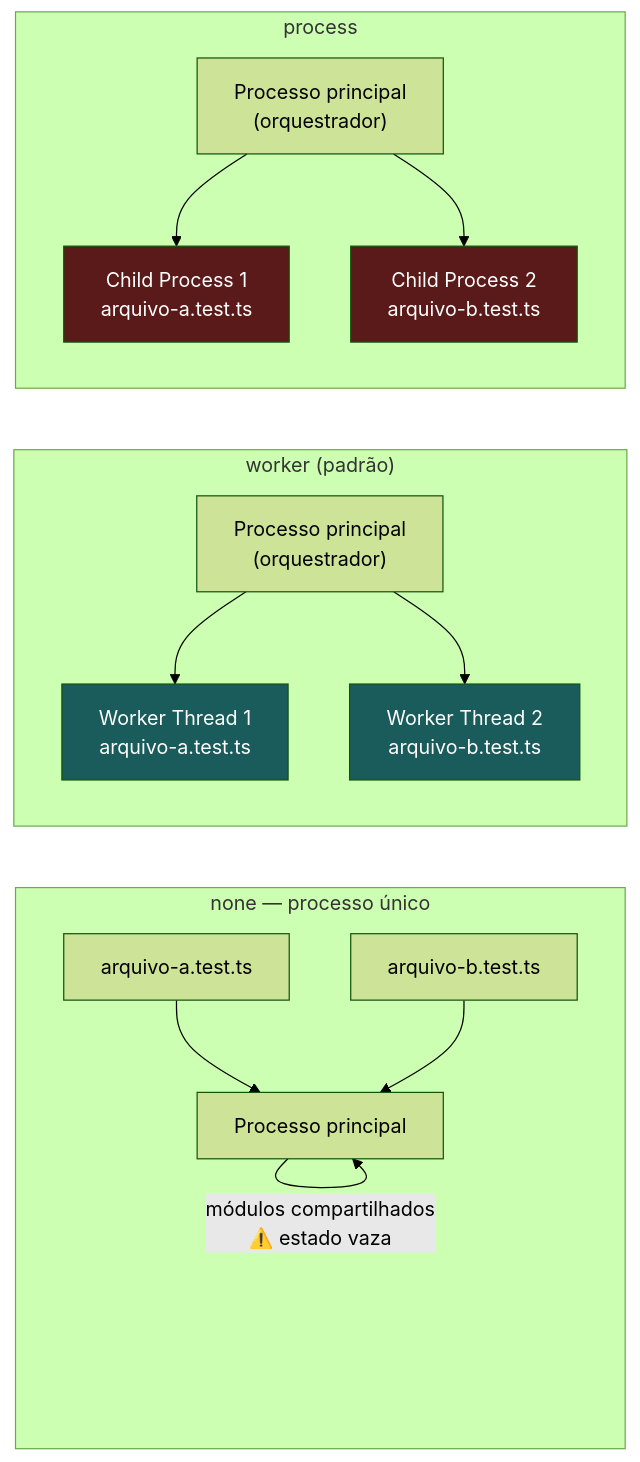
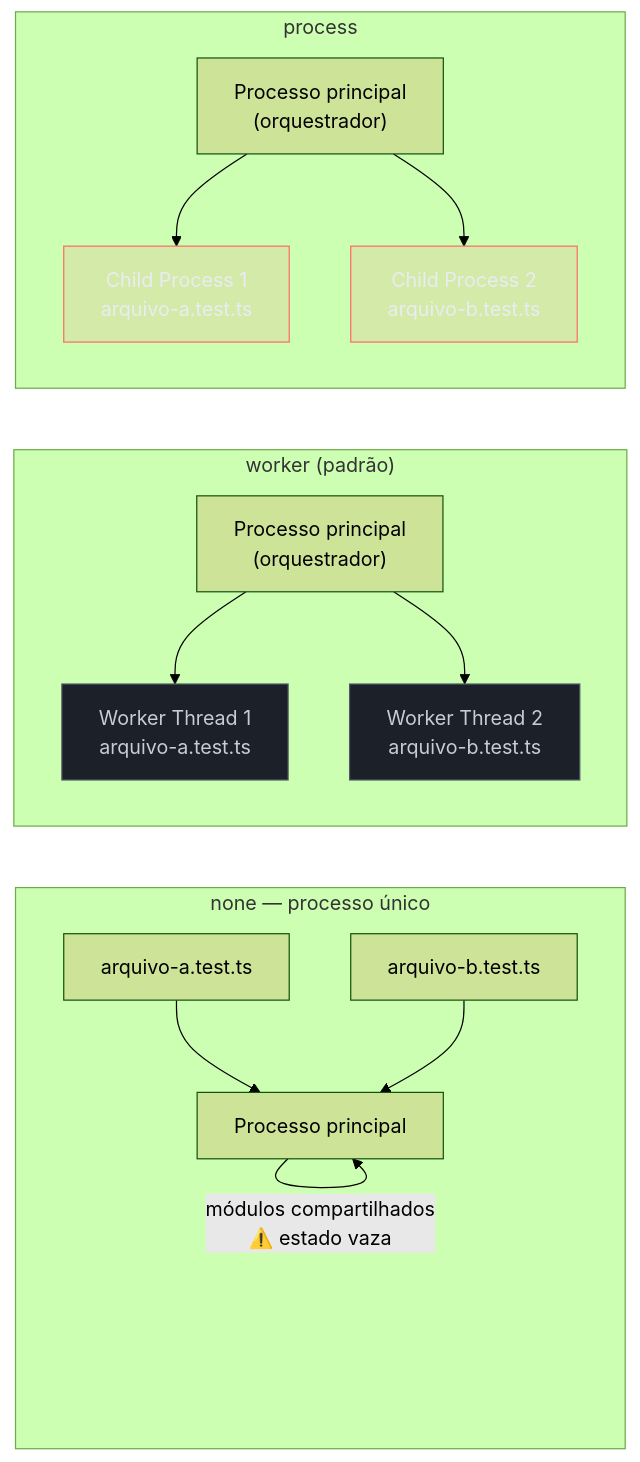
Before and after one commit to josenaldo/codex-technomanticus: the second of 5 diagrams in 03-Dominios/Tecnologia/Tooling e Build/19 - Test runner nativo (node-test) e o cenário de testes.md, drawn with Mermaid (forest theme). The commit also changed other lines of this file and 1181 other files, not shown here.

First line of the commit message:
fix(diagramas): paleta do sistema no lugar de cor cravada no markdown

````diff
--- a/03-Dominios/Tecnologia/Tooling e Build/19 - Test runner nativo (node-test) e o cenário de testes.md
+++ b/03-Dominios/Tecnologia/Tooling e Build/19 - Test runner nativo (node-test) e o cenário de testes.md
@@ -220,30 +221,32 @@
 ```mermaid
 graph LR
+    classDef neutro fill:#1B2029,stroke:#4E5666,color:#C6CCD8
+    classDef falha fill:#FF6B6B24,stroke:#FF6B6B,color:#E9ECF2
     subgraph "none — processo único"
         P0["Processo principal"]
         F0a["arquivo-a.test.ts"] --> P0
         F0b["arquivo-b.test.ts"] --> P0
         P0 -- "módulos compartilhados\n⚠️ estado vaza" --> P0
     end
 
     subgraph "worker (padrão)"
         PW["Processo principal\n(orquestrador)"]
         W1["Worker Thread 1\narquivo-a.test.ts"]
         W2["Worker Thread 2\narquivo-b.test.ts"]
         PW --> W1
         PW --> W2
     end
 
     subgraph "process"
         PP["Processo principal\n(orquestrador)"]
         C1["Child Process 1\narquivo-a.test.ts"]
         C2["Child Process 2\narquivo-b.test.ts"]
         PP --> C1
         PP --> C2
     end
 
-    style W1 fill:#1a5b5b,color:#fff
-    style W2 fill:#1a5b5b,color:#fff
-    style C1 fill:#5b1a1a,color:#fff
-    style C2 fill:#5b1a1a,color:#fff
+    class W1 neutro
+    class W2 neutro
+    class C1 falha
+    class C2 falha
 ```
````
